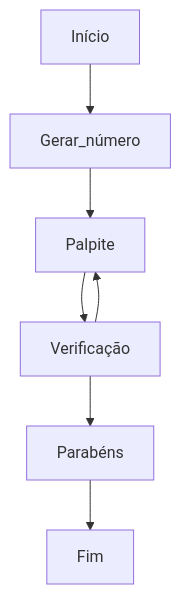
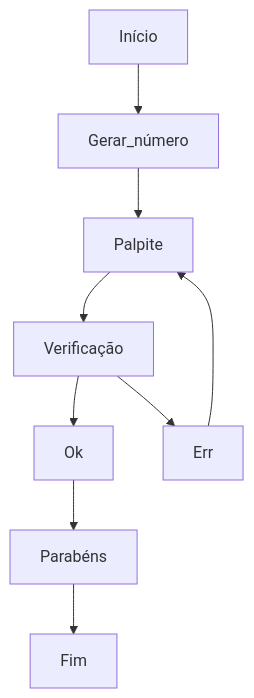
The diagram in README.md (MauricioPaivadaSilva/Estudo-de-Rust-2), drawn with Mermaid before and after one commit.

Commit message:
Corrigido o diagrama.

````diff
--- a/README.md
+++ b/README.md
@@ -32,9 +32,11 @@
 ```mermaid
 graph TD;
     Início --> Gerar_número;
     Gerar_número --> Palpite;
     Palpite --> Verificação;
-    Verificação --> Palpite;
-    Verificação --> Parabéns;
+    Verificação --> Ok;
+    Verificação --> Err;
+    Err --> Palpite;
+    Ok --> Parabéns;
     Parabéns --> Fim;
 ```
````
